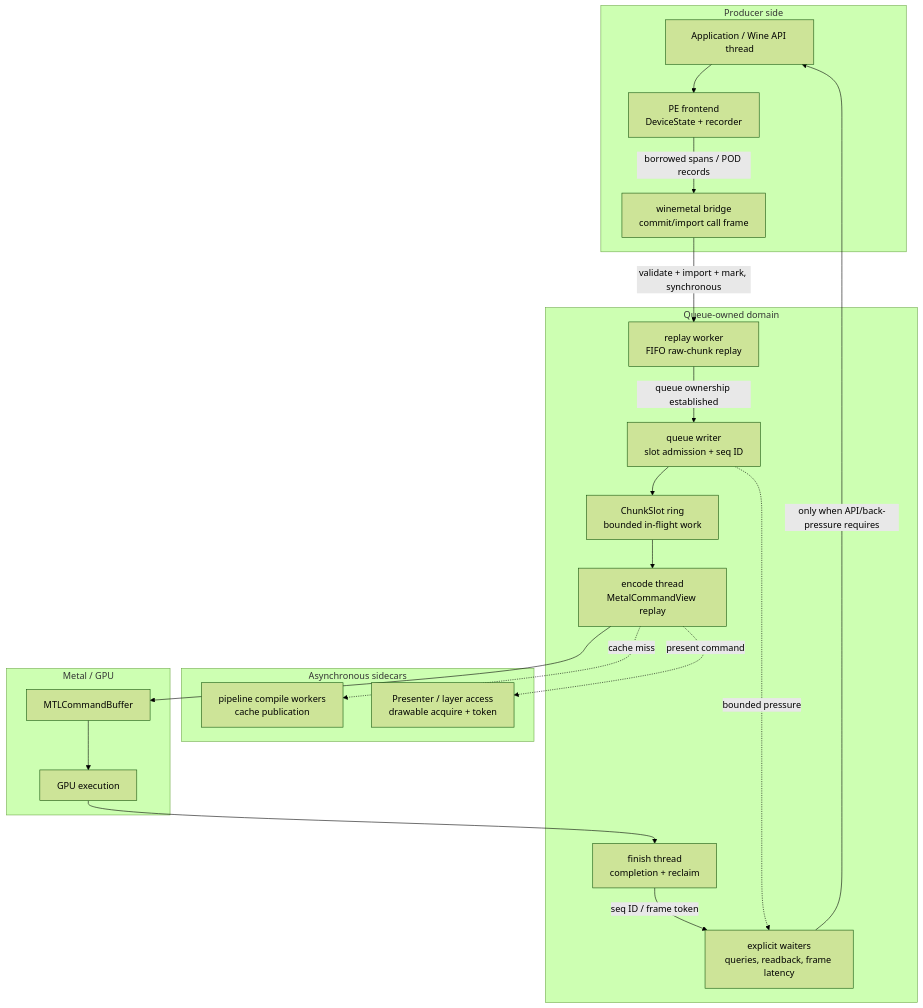
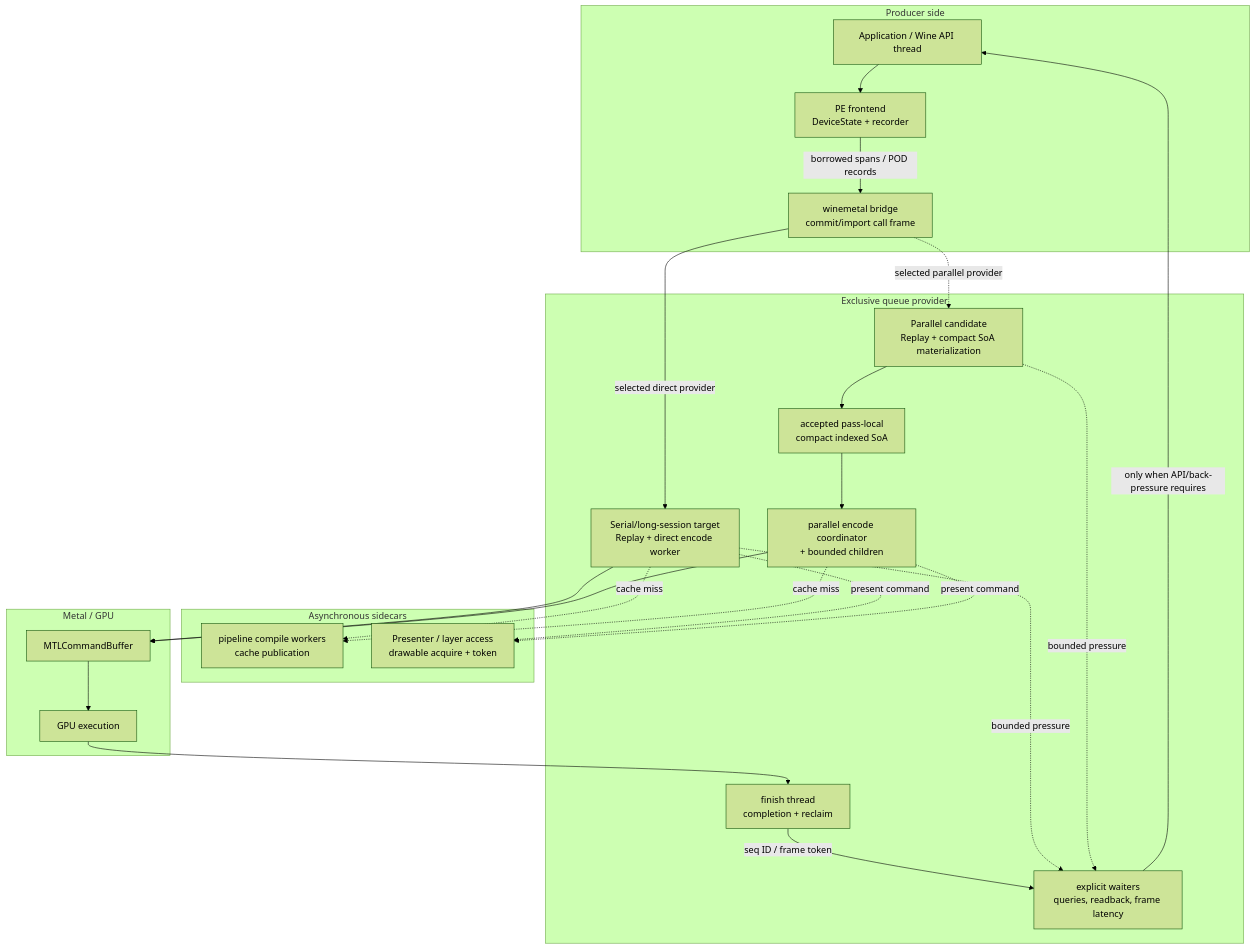
The ninth of 15 diagrams in specs/archicture/spec.md (dfdgsdfg/dxmt9), drawn with Mermaid (forest theme) before and after one commit. The commit also changed other lines of this file and 7 other files, not shown here.

````diff
--- a/specs/archicture/spec.md
+++ b/specs/archicture/spec.md
@@ -710,42 +736,46 @@
 ```mermaid
 flowchart TD
     subgraph Producer["Producer side"]
         APP["Application / Wine API thread"]
         PE["PE frontend\nDeviceState + recorder"]
         BRIDGE["winemetal bridge\ncommit/import call frame"]
     end
 
-    subgraph Queue["Queue-owned domain"]
-        WORKER["replay worker\nFIFO raw-chunk replay"]
-        WRITER["queue writer\nslot admission + seq ID"]
-        SLOT["ChunkSlot ring\nbounded in-flight work"]
-        ENCODE["encode thread\nMetalCommandView replay"]
+    subgraph Queue["Exclusive queue provider"]
+        DIRECT["Serial/long-session target\nReplay + direct encode worker"]
+        REPLAY["Parallel candidate\nReplay + compact SoA materialization"]
+        SOA["accepted pass-local\ncompact indexed SoA"]
+        ENCODE["parallel encode coordinator\n+ bounded children"]
         FINISH["finish thread\ncompletion + reclaim"]
         WAITERS["explicit waiters\nqueries, readback, frame latency"]
     end
 
     subgraph Async["Asynchronous sidecars"]
         PSO["pipeline compile workers\ncache publication"]
         PRES["Presenter / layer access\ndrawable acquire + token"]
     end
 
     subgraph Device["Metal / GPU"]
         CB["MTLCommandBuffer"]
         GPU["GPU execution"]
     end
 
     APP --> PE
     PE -->|"borrowed spans / POD records"| BRIDGE
-    BRIDGE -->|"validate + import + mark, synchronous"| WORKER
-    WORKER -->|"queue ownership established"| WRITER
-    WRITER --> SLOT
-    SLOT --> ENCODE
+    BRIDGE -->|"selected direct provider"| DIRECT
+    BRIDGE -.->|"selected parallel provider"| REPLAY
+    REPLAY --> SOA
+    SOA --> ENCODE
+    DIRECT --> CB
     ENCODE --> CB
+    DIRECT -. cache miss .-> PSO
+    DIRECT -. present command .-> PRES
     ENCODE -. cache miss .-> PSO
     ENCODE -. present command .-> PRES
     CB --> GPU
     GPU --> FINISH
     FINISH -->|"seq ID / frame token"| WAITERS
     WAITERS -->|"only when API/back-pressure requires"| APP
-    WRITER -. bounded pressure .-> WAITERS
+    DIRECT -. bounded pressure .-> WAITERS
+    REPLAY -. bounded pressure .-> WAITERS
 ```
````
